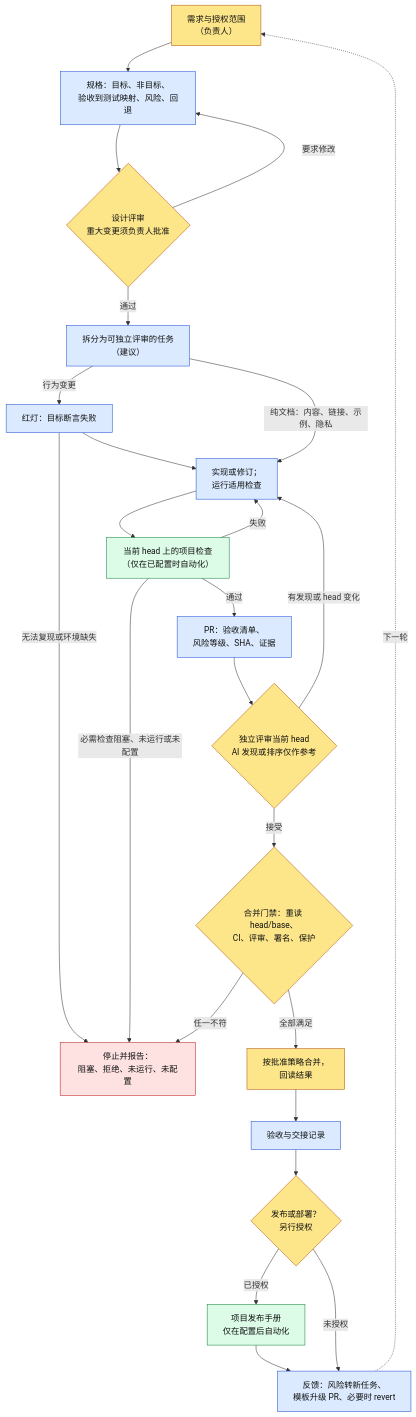
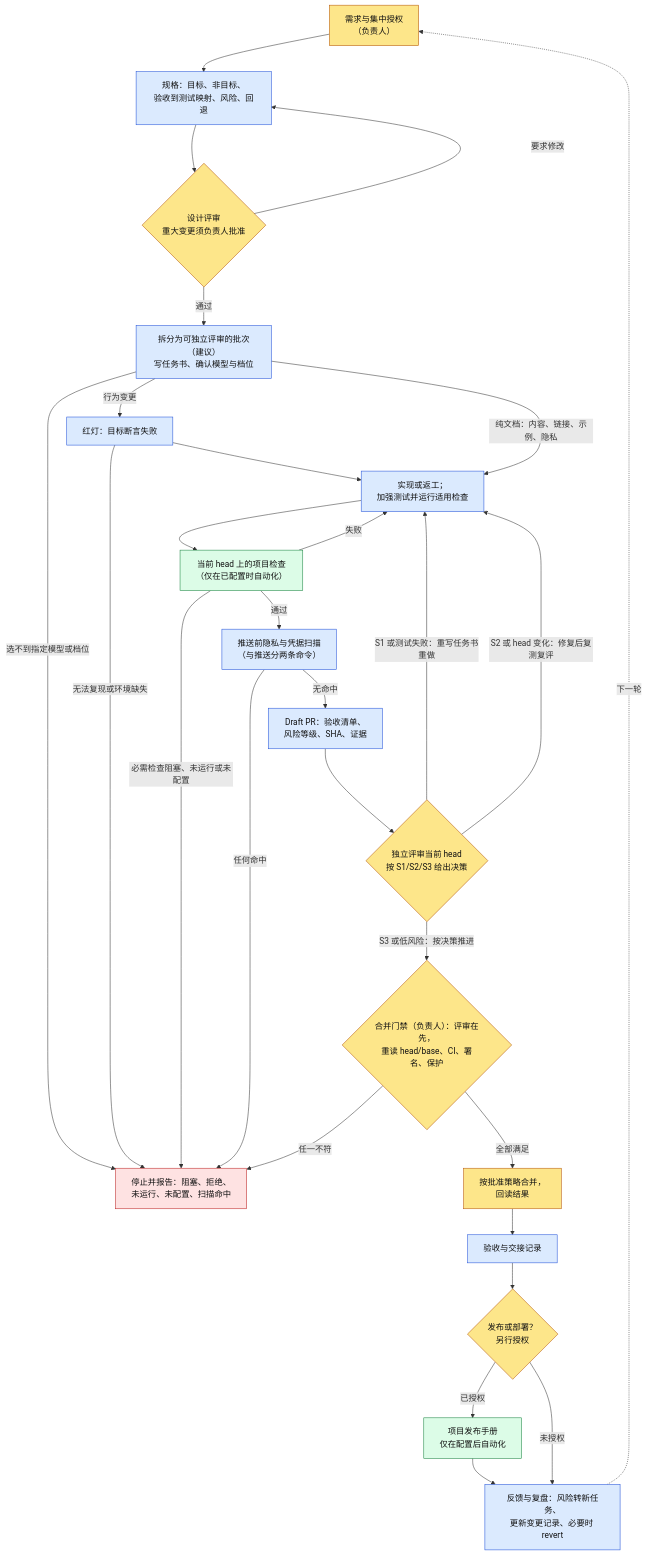
Before and after one commit to 2mauis/workflow-template: the diagram in README.md, drawn with Mermaid. The commit also changed other lines of this file and 9 other files, not shown here.

````diff
--- a/README.md
+++ b/README.md
@@ -122,44 +147,49 @@
 ```mermaid
 flowchart TD
   classDef ai fill:#dbeafe,stroke:#1d4ed8,color:#111
   classDef human fill:#fde68a,stroke:#b45309,color:#111
   classDef auto fill:#dcfce7,stroke:#15803d,color:#111
   classDef stop fill:#fee2e2,stroke:#b91c1c,color:#111
 
 
-  A["需求与授权范围<br/>（负责人）"]:::human
+  A["需求与集中授权<br/>（负责人）"]:::human
   B["规格：目标、非目标、<br/>验收到测试映射、风险、回退"]:::ai
   C{"设计评审<br/>重大变更须负责人批准"}:::human
-  D["拆分为可独立评审的任务<br/>（建议）"]:::ai
+  D["拆分为可独立评审的批次（建议）<br/>写任务书、确认模型与档位"]:::ai
   E["红灯：目标断言失败"]:::ai
-  F["实现或修订；<br/>运行适用检查"]:::ai
+  F["实现或返工；<br/>加强测试并运行适用检查"]:::ai
   G["当前 head 上的项目检查<br/>（仅在已配置时自动化）"]:::auto
-  H["PR：验收清单、<br/>风险等级、SHA、证据"]:::ai
-  I{"独立评审当前 head<br/>AI 发现或排序仅作参考"}:::human
-  J{"合并门禁：重读 head/base、<br/>CI、评审、署名、保护"}:::human
+  P["推送前隐私与凭据扫描<br/>（与推送分两条命令）"]:::ai
+  H["Draft PR：验收清单、<br/>风险等级、SHA、证据"]:::ai
+  I{"独立评审当前 head<br/>按 S1/S2/S3 给出决策"}:::human
+  J{"合并门禁（负责人）：评审在先，<br/>重读 head/base、CI、署名、保护"}:::human
   K["按批准策略合并，<br/>回读结果"]:::human
   L["验收与交接记录"]:::ai
   M{"发布或部署？<br/>另行授权"}:::human
   R["项目发布手册<br/>仅在配置后自动化"]:::auto
-  N["反馈：风险转新任务、<br/>模板升级 PR、必要时 revert"]:::ai
-  S["停止并报告：<br/>阻塞、拒绝、未运行、未配置"]:::stop
+  N["反馈与复盘：风险转新任务、<br/>更新变更记录、必要时 revert"]:::ai
+  S["停止并报告：阻塞、拒绝、<br/>未运行、未配置、扫描命中"]:::stop
 
 
   A --> B --> C
   C -- "要求修改" --> B
   C -- "通过" --> D
+  D -- "选不到指定模型或档位" --> S
   D -- "行为变更" --> E
   D -- "纯文档：内容、链接、示例、隐私" --> F
   E -- "无法复现或环境缺失" --> S
   E --> F --> G
   G -- "失败" --> F
   G -- "必需检查阻塞、未运行或未配置" --> S
-  G -- "通过" --> H --> I
-  I -- "有发现或 head 变化" --> F
-  I -- "接受" --> J
+  G -- "通过" --> P
+  P -- "任何命中" --> S
+  P -- "无命中" --> H --> I
+  I -- "S1 或测试失败：重写任务书重做" --> F
+  I -- "S2 或 head 变化：修复后复测复评" --> F
+  I -- "S3 或低风险：按决策推进" --> J
   J -- "任一不符" --> S
   J -- "全部满足" --> K --> L --> M
   M -- "已授权" --> R --> N
   M -- "未授权" --> N
   N -. "下一轮" .-> A
 ```
````
